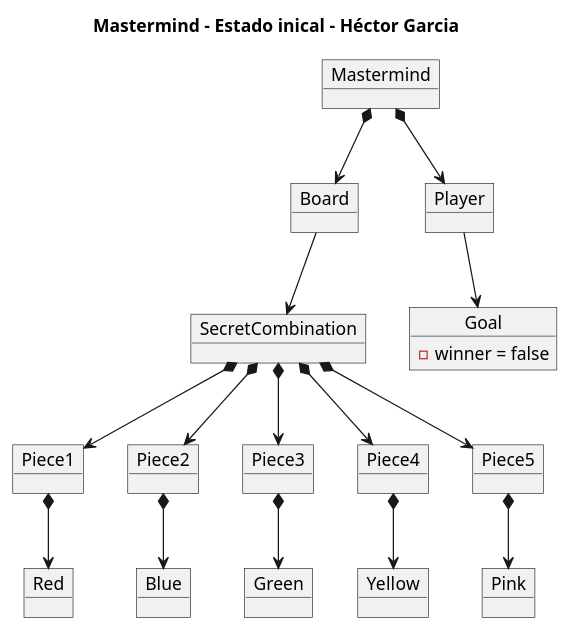
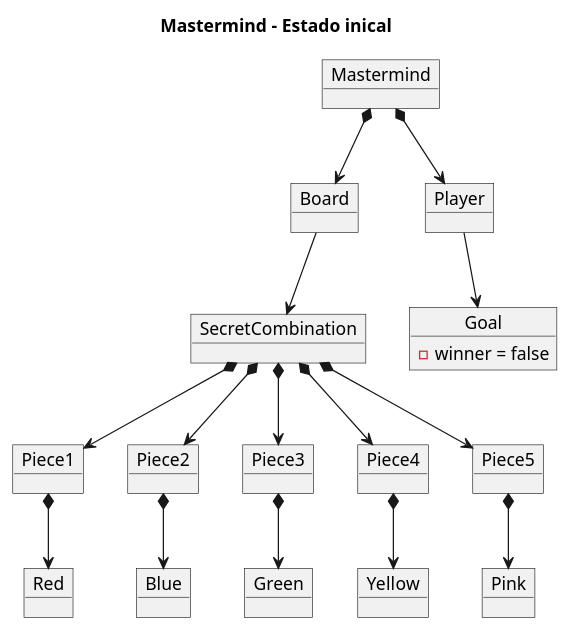
The diagram in uml/estado-inicial.plantuml (Master-Desarrollo-20-21/ejercicio-2-modelo-de-dominio-mastermind-menthil), drawn with PlantUML before and after one commit. The commit also changed 7 other files, not shown here.

```diff
--- a/uml/estado-inicial.plantuml
+++ b/uml/estado-inicial.plantuml
@@ -1,47 +1,47 @@
 @startuml
 
-title Mastermind - Estado inical - Héctor Garcia
+title Mastermind - Estado inical
 
 object Mastermind
 
 object Board 
 object Player
 
 object Goal
 
 Goal : -winner = false
 
 object SecretCombination
 
 object Piece1
 object Piece2
 object Piece3
 object Piece4
 object Piece5
 
 object Red
 object Blue
 object Green
 object Yellow
 object Pink
 
 Mastermind *--> Player
 Mastermind *--> Board
 
 Player --> Goal
 
 Board --> SecretCombination
 
 SecretCombination *--> Piece1
 SecretCombination *--> Piece2
 SecretCombination *--> Piece3
 SecretCombination *--> Piece4
 SecretCombination *--> Piece5
 
 Piece1 *--> Red
 Piece2 *--> Blue
 Piece3 *--> Green
 Piece4 *--> Yellow
 Piece5 *--> Pink
 
 @enduml
```
